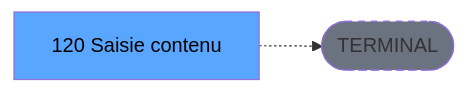
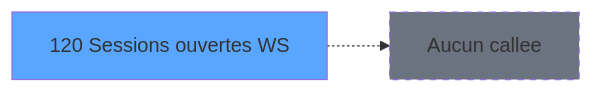
One commit to thonyAGP/magic-migration changed the third of 3 diagrams in .openspec/specs/ADH-IDE-120.md. Above: the diagram before and after it, drawn with Mermaid. The commit also changed other lines of this file and 311 other files, not shown here.

````diff
--- a/.openspec/specs/ADH-IDE-120.md
+++ b/.openspec/specs/ADH-IDE-120.md
@@ -164,8 +163,8 @@
 ```mermaid
 graph LR
-    T[120 Saisie contenu ]
-    TERM([TERMINAL])
-    T -.-> TERM
-    style TERM fill:#6b7280,stroke-dasharray: 5 5
-    style T fill:#58a6ff,color:#000
+    T120[120 Sessions ouvertes WS]
+    style T120 fill:#58a6ff
+    NONE[Aucun callee]
+    T120 -.-> NONE
+    style NONE fill:#6b7280,stroke-dasharray: 5 5
 ```
````
